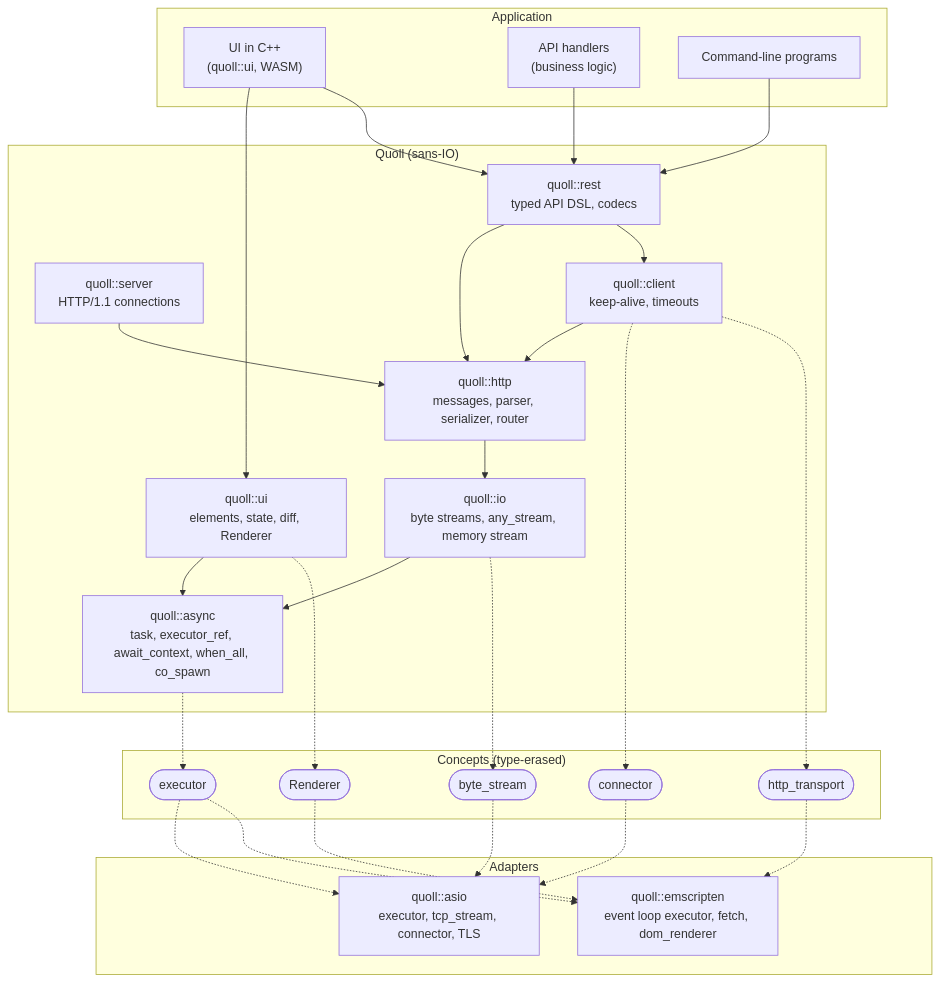
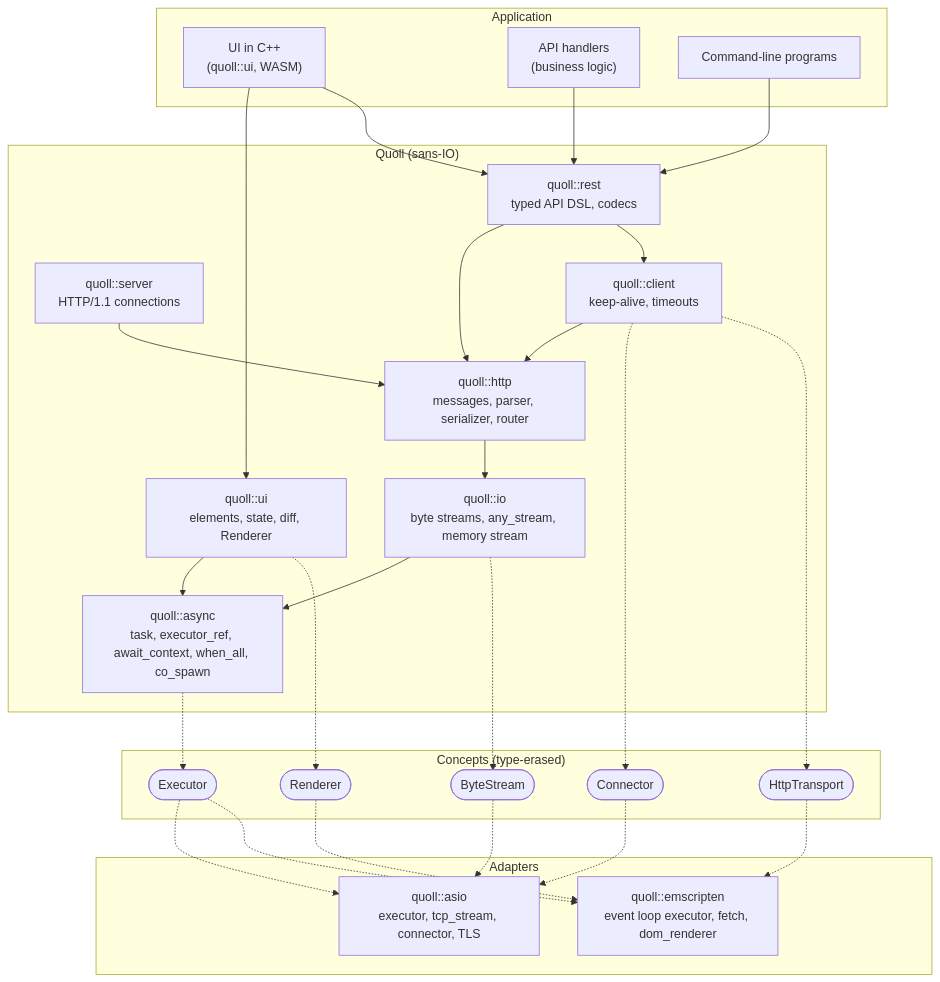
One commit to 4thlabs/quoll changed the diagram in docs/PLAN.md. Above: the diagram before and after it, drawn with Mermaid. The commit also changed other lines of this file and 10 other files, not shown here.

````diff
--- a/docs/PLAN.md
+++ b/docs/PLAN.md
@@ -685,55 +680,55 @@
 ```mermaid
 flowchart TB
   subgraph app["Application"]
     page["UI in C++<br/>(quoll::ui, WASM)"]
     handlers["API handlers<br/>(business logic)"]
     cli["Command-line programs"]
   end
 
   subgraph quoll["Quoll (sans-IO)"]
     ui["quoll::ui<br/>elements, state, diff, Renderer"]
     rest["quoll::rest<br/>typed API DSL, codecs"]
     server["quoll::server<br/>HTTP/1.1 connections"]
     client["quoll::client<br/>keep-alive, timeouts"]
     http["quoll::http<br/>messages, parser, serializer, router"]
     io["quoll::io<br/>byte streams, any_stream, memory stream"]
     async["quoll::async<br/>task, executor_ref, await_context, when_all, co_spawn"]
   end
 
   subgraph concepts["Concepts (type-erased)"]
-    executor(["executor"])
-    stream(["byte_stream"])
-    connector(["connector"])
-    transport(["http_transport"])
+    executor(["Executor"])
+    stream(["ByteStream"])
+    connector(["Connector"])
+    transport(["HttpTransport"])
     renderer(["Renderer"])
   end
 
   subgraph adapters["Adapters"]
     asio["quoll::asio<br/>executor, tcp_stream, connector, TLS"]
     emscripten["quoll::emscripten<br/>event loop executor, fetch, dom_renderer"]
   end
 
   page --> ui
   page --> rest
   handlers --> rest
   cli --> rest
   rest --> http
   rest --> client
   server --> http
   client --> http
   ui --> async
   http --> io
   io --> async
 
   io -.-> stream
   client -.-> connector
   client -.-> transport
   ui -.-> renderer
   async -.-> executor
 
   executor -.-> asio & emscripten
   stream -.-> asio
   connector -.-> asio
   transport -.-> emscripten
   renderer -.-> emscripten
 ```
````
